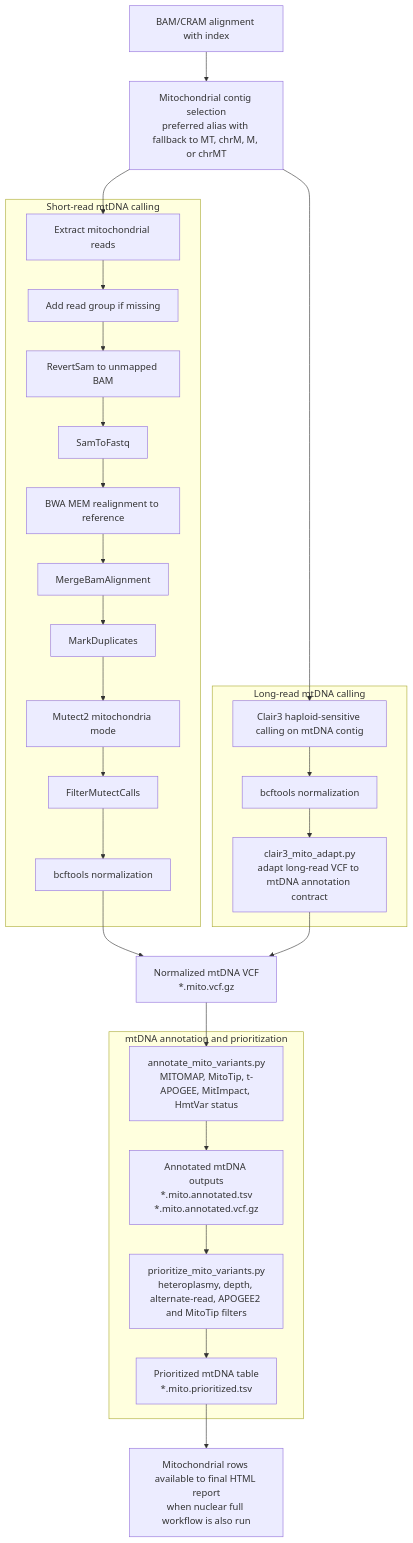
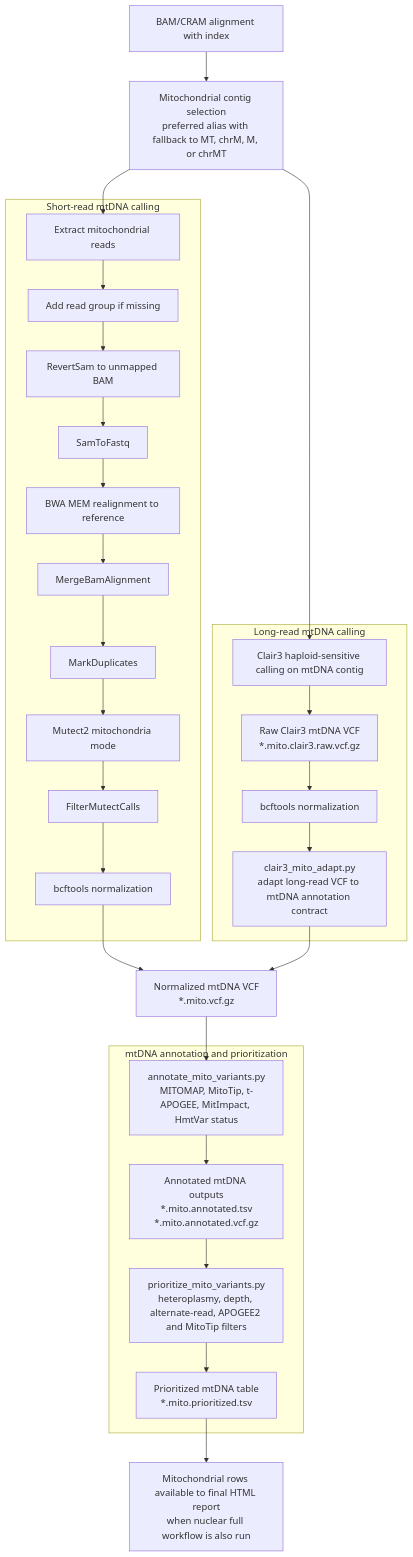
The third of 7 diagrams in docs/WORKFLOW.md (WGLab/PipeVar), drawn with Mermaid before and after one commit. The commit also changed other lines of this file and 48 other files, not shown here.

````diff
--- a/docs/WORKFLOW.md
+++ b/docs/WORKFLOW.md
@@ -127,42 +127,43 @@
 ```mermaid
 flowchart TD
     input["BAM/CRAM alignment with index"]
     contig["Mitochondrial contig selection\npreferred alias with fallback to MT, chrM, M, or chrMT"]
 
     subgraph shortRead["Short-read mtDNA calling"]
         subset["Extract mitochondrial reads"]
         rg["Add read group if missing"]
         revert["RevertSam to unmapped BAM"]
         fastq["SamToFastq"]
         realign["BWA MEM realignment to reference"]
         merge["MergeBamAlignment"]
         markdup["MarkDuplicates"]
         mutect["Mutect2 mitochondria mode"]
         filter["FilterMutectCalls"]
         shortNorm["bcftools normalization"]
     end
 
     subgraph longRead["Long-read mtDNA calling"]
         clair3["Clair3 haploid-sensitive calling on mtDNA contig"]
+        longRaw["Raw Clair3 mtDNA VCF\n*.mito.clair3.raw.vcf.gz"]
         longNorm["bcftools normalization"]
         adapt["clair3_mito_adapt.py\nadapt long-read VCF to mtDNA annotation contract"]
     end
 
     mitoVcf["Normalized mtDNA VCF\n*.mito.vcf.gz"]
 
     subgraph annotate["mtDNA annotation and prioritization"]
         annotation["annotate_mito_variants.py\nMITOMAP, MitoTip, t-APOGEE, MitImpact, HmtVar status"]
         annotated["Annotated mtDNA outputs\n*.mito.annotated.tsv\n*.mito.annotated.vcf.gz"]
         prioritize["prioritize_mito_variants.py\nheteroplasmy, depth, alternate-read, APOGEE2 and MitoTip filters"]
         prioritized["Prioritized mtDNA table\n*.mito.prioritized.tsv"]
     end
 
     report["Mitochondrial rows available to final HTML report\nwhen nuclear full workflow is also run"]
 
     input --> contig
     contig --> subset
     contig --> clair3
     subset --> rg --> revert --> fastq --> realign --> merge --> markdup --> mutect --> filter --> shortNorm --> mitoVcf
-    clair3 --> longNorm --> adapt --> mitoVcf
+    clair3 --> longRaw --> longNorm --> adapt --> mitoVcf
     mitoVcf --> annotation --> annotated --> prioritize --> prioritized --> report
 ```
````
